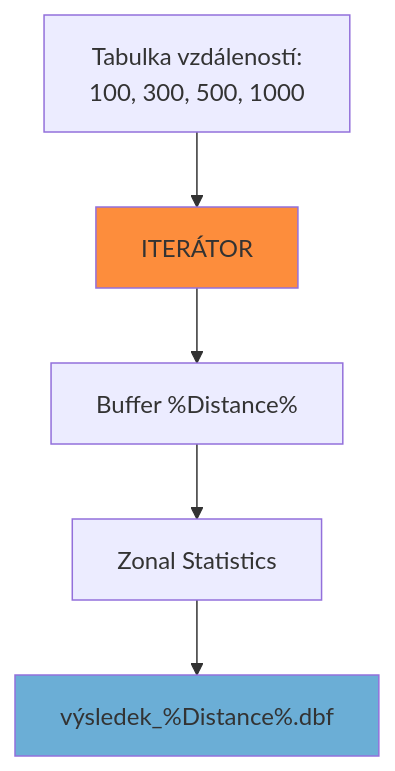
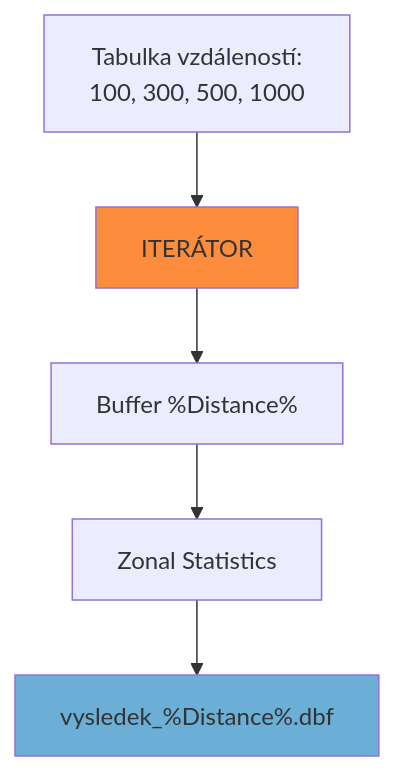
Before and after one commit to vojta-bartak/Programovani_pro_GIS_a_DPZ: the second of 3 diagrams in lessons/lesson_01.qmd, drawn with Mermaid. The commit also changed other lines of this file and 11 other files, not shown here.

````diff
--- a/lessons/lesson_01.qmd
+++ b/lessons/lesson_01.qmd
@@ -866,12 +714,12 @@
 ```{mermaid}
 %%| fig-cap: "Model s iterátorem"
 
 flowchart TD
     A[Tabulka vzdáleností:<br/>100, 300, 500, 1000] --> B[ITERÁTOR]
     B --> C[Buffer %Distance%]
     C --> D[Zonal Statistics]
-    D --> E[výsledek_%Distance%.dbf]
+    D --> E[vysledek_%Distance%.dbf]
     
     style B fill:#fd8d3c
     style E fill:#6baed6
 ```
````
